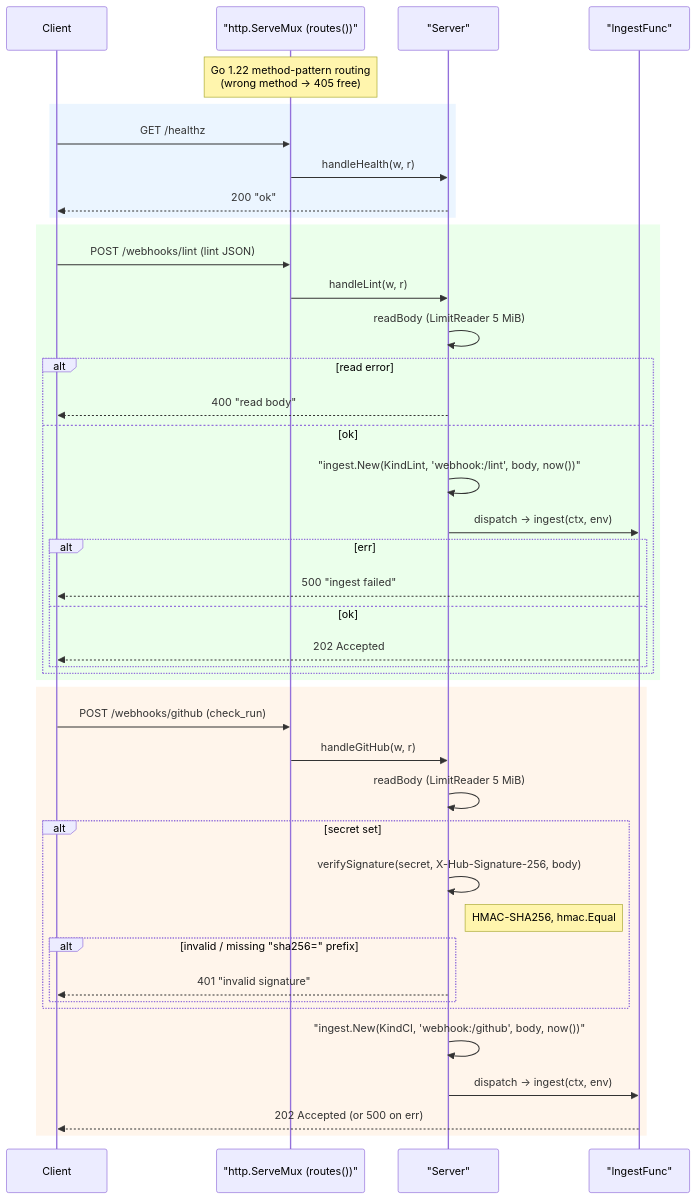
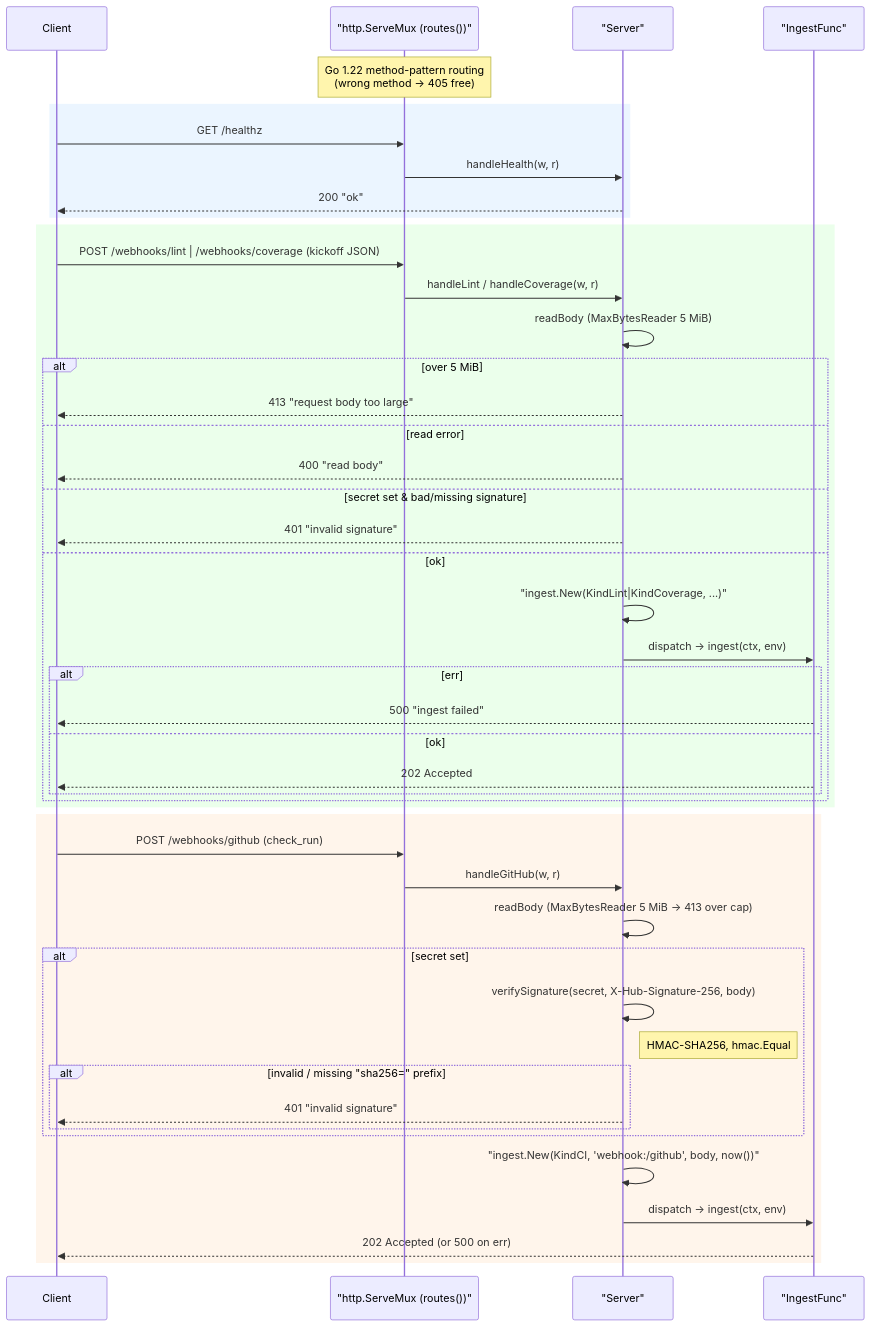
The diagram in go/internal/webhook/AGENTS.md (jkjamies/automation-agent), drawn with Mermaid before and after one commit. The commit also changed other lines of this file and 130 other files, not shown here.

````diff
--- a/go/internal/webhook/AGENTS.md
+++ b/go/internal/webhook/AGENTS.md
@@ -8,48 +11,52 @@
 ```mermaid
 sequenceDiagram
     participant Client
     participant Mux as "http.ServeMux (routes())"
     participant Srv as "Server"
     participant Ingest as "IngestFunc"
 
     Note over Mux: Go 1.22 method-pattern routing<br/>(wrong method -> 405 free)
 
     rect rgb(235,245,255)
     Client->>Mux: GET /healthz
     Mux->>Srv: handleHealth(w, r)
     Srv-->>Client: 200 "ok"
     end
 
     rect rgb(235,255,235)
-    Client->>Mux: POST /webhooks/lint (lint JSON)
-    Mux->>Srv: handleLint(w, r)
-    Srv->>Srv: readBody (LimitReader 5 MiB)
-    alt read error
+    Client->>Mux: POST /webhooks/lint | /webhooks/coverage (kickoff JSON)
+    Mux->>Srv: handleLint / handleCoverage(w, r)
+    Srv->>Srv: readBody (MaxBytesReader 5 MiB)
+    alt over 5 MiB
+        Srv-->>Client: 413 "request body too large"
+    else read error
         Srv-->>Client: 400 "read body"
+    else secret set & bad/missing signature
+        Srv-->>Client: 401 "invalid signature"
     else ok
-        Srv->>Srv: "ingest.New(KindLint, 'webhook:/lint', body, now())"
+        Srv->>Srv: "ingest.New(KindLint|KindCoverage, ...)"
         Srv->>Ingest: dispatch -> ingest(ctx, env)
         alt err
             Ingest-->>Client: 500 "ingest failed"
         else ok
             Ingest-->>Client: 202 Accepted
         end
     end
     end
 
     rect rgb(255,245,235)
     Client->>Mux: POST /webhooks/github (check_run)
     Mux->>Srv: handleGitHub(w, r)
-    Srv->>Srv: readBody (LimitReader 5 MiB)
+    Srv->>Srv: readBody (MaxBytesReader 5 MiB -> 413 over cap)
     alt secret set
         Srv->>Srv: verifySignature(secret, X-Hub-Signature-256, body)
         Note right of Srv: HMAC-SHA256, hmac.Equal
         alt invalid / missing "sha256=" prefix
             Srv-->>Client: 401 "invalid signature"
         end
     end
     Srv->>Srv: "ingest.New(KindCI, 'webhook:/github', body, now())"
     Srv->>Ingest: dispatch -> ingest(ctx, env)
     Ingest-->>Client: 202 Accepted (or 500 on err)
     end
 ```
````
